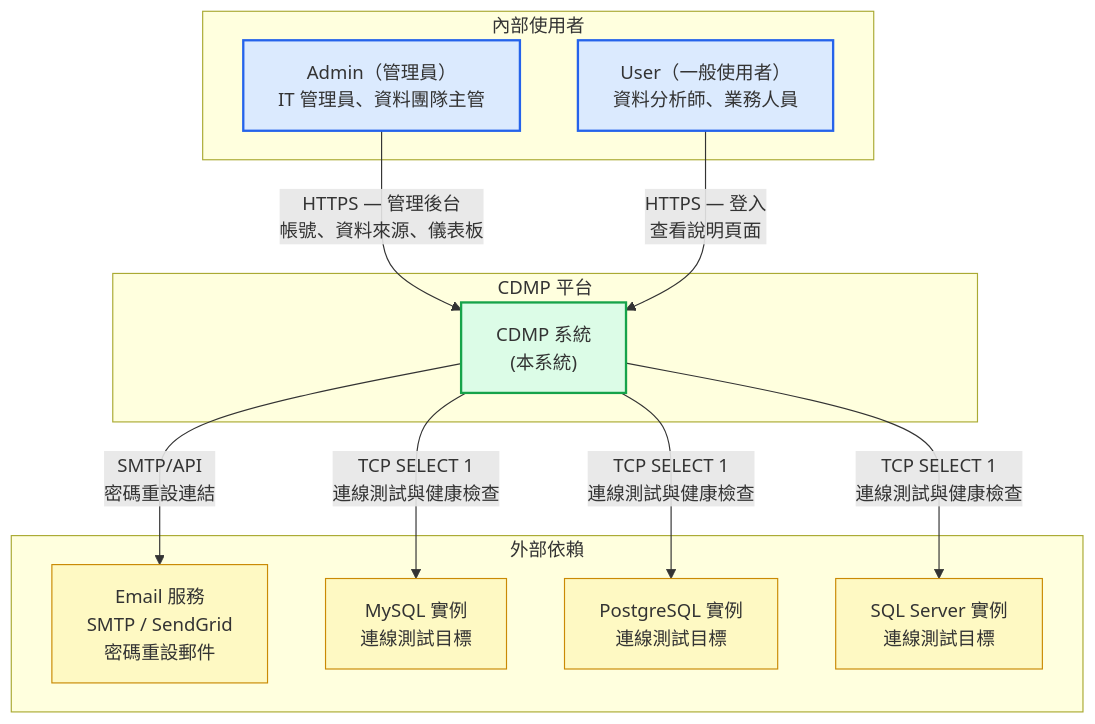
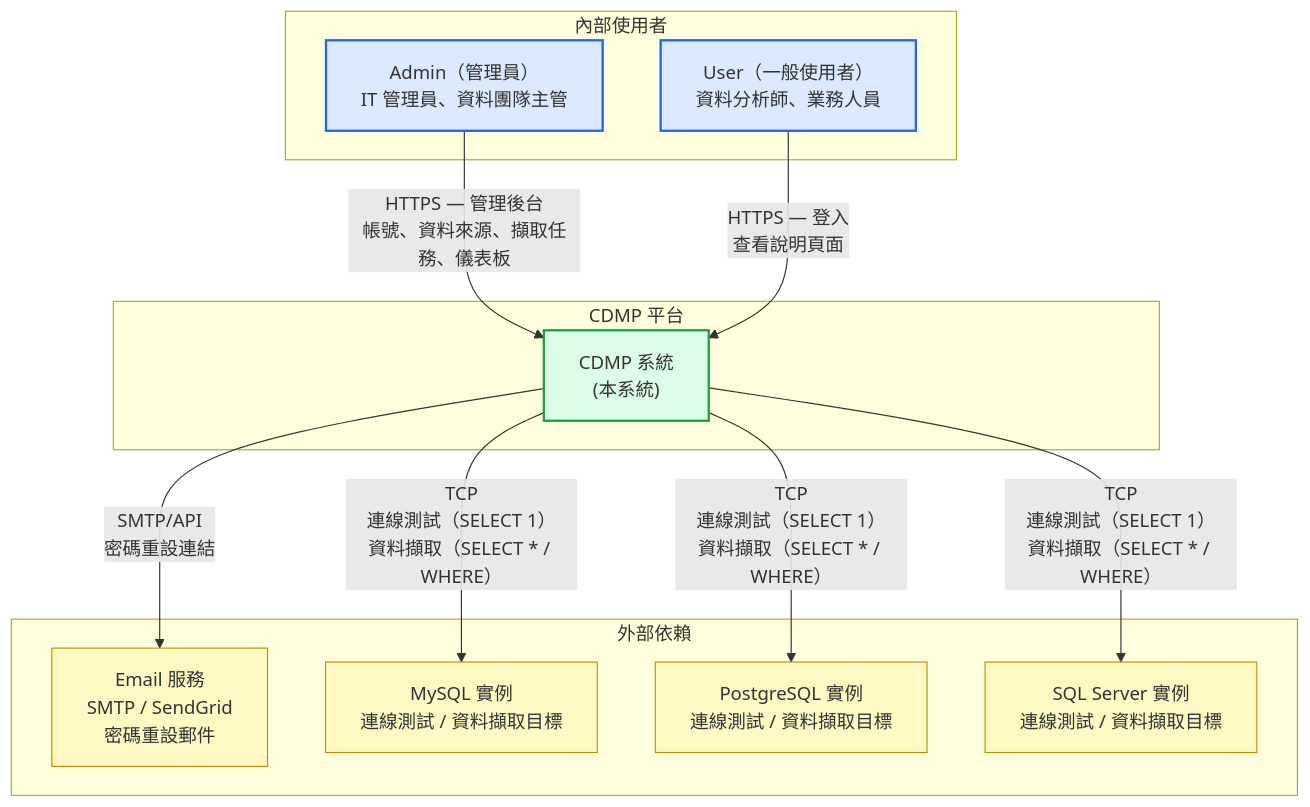
Before and after one commit to wisewhalesoft/cdmp-mvp: the second of 12 diagrams in docs/specs/architecture-spec.md, drawn with Mermaid. The commit also changed other lines of this file, not shown here.

````diff
--- a/docs/specs/architecture-spec.md
+++ b/docs/specs/architecture-spec.md
@@ -110,32 +117,32 @@
 ```mermaid
 graph TB
     subgraph 內部使用者["內部使用者"]
         Admin["Admin（管理員）<br/>IT 管理員、資料團隊主管"]
         User["User（一般使用者）<br/>資料分析師、業務人員"]
     end
 
     subgraph CDMP["CDMP 平台"]
         System["CDMP 系統<br/>(本系統)"]
     end
 
     subgraph 外部服務["外部依賴"]
         EmailSvc["Email 服務<br/>SMTP / SendGrid<br/>密碼重設郵件"]
-        MySQL["MySQL 實例<br/>連線測試目標"]
-        PostgreSQL["PostgreSQL 實例<br/>連線測試目標"]
-        SQLServer["SQL Server 實例<br/>連線測試目標"]
+        MySQL["MySQL 實例<br/>連線測試 / 資料擷取目標"]
+        PostgreSQL["PostgreSQL 實例<br/>連線測試 / 資料擷取目標"]
+        SQLServer["SQL Server 實例<br/>連線測試 / 資料擷取目標"]
     end
 
-    Admin -->|"HTTPS — 管理後台<br/>帳號、資料來源、儀表板"| System
+    Admin -->|"HTTPS — 管理後台<br/>帳號、資料來源、擷取任務、儀表板"| System
     User -->|"HTTPS — 登入<br/>查看說明頁面"| System
     System -->|"SMTP/API<br/>密碼重設連結"| EmailSvc
-    System -->|"TCP SELECT 1<br/>連線測試與健康檢查"| MySQL
-    System -->|"TCP SELECT 1<br/>連線測試與健康檢查"| PostgreSQL
-    System -->|"TCP SELECT 1<br/>連線測試與健康檢查"| SQLServer
+    System -->|"TCP<br/>連線測試（SELECT 1）<br/>資料擷取（SELECT * / WHERE）"| MySQL
+    System -->|"TCP<br/>連線測試（SELECT 1）<br/>資料擷取（SELECT * / WHERE）"| PostgreSQL
+    System -->|"TCP<br/>連線測試（SELECT 1）<br/>資料擷取（SELECT * / WHERE）"| SQLServer
 
     classDef actor fill:#dbeafe,stroke:#2563eb,stroke-width:2px
     classDef system fill:#dcfce7,stroke:#16a34a,stroke-width:2px
     classDef external fill:#fef9c3,stroke:#ca8a04,stroke-width:1px
     class Admin,User actor
     class System system
     class EmailSvc,MySQL,PostgreSQL,SQLServer external
 ```
````
